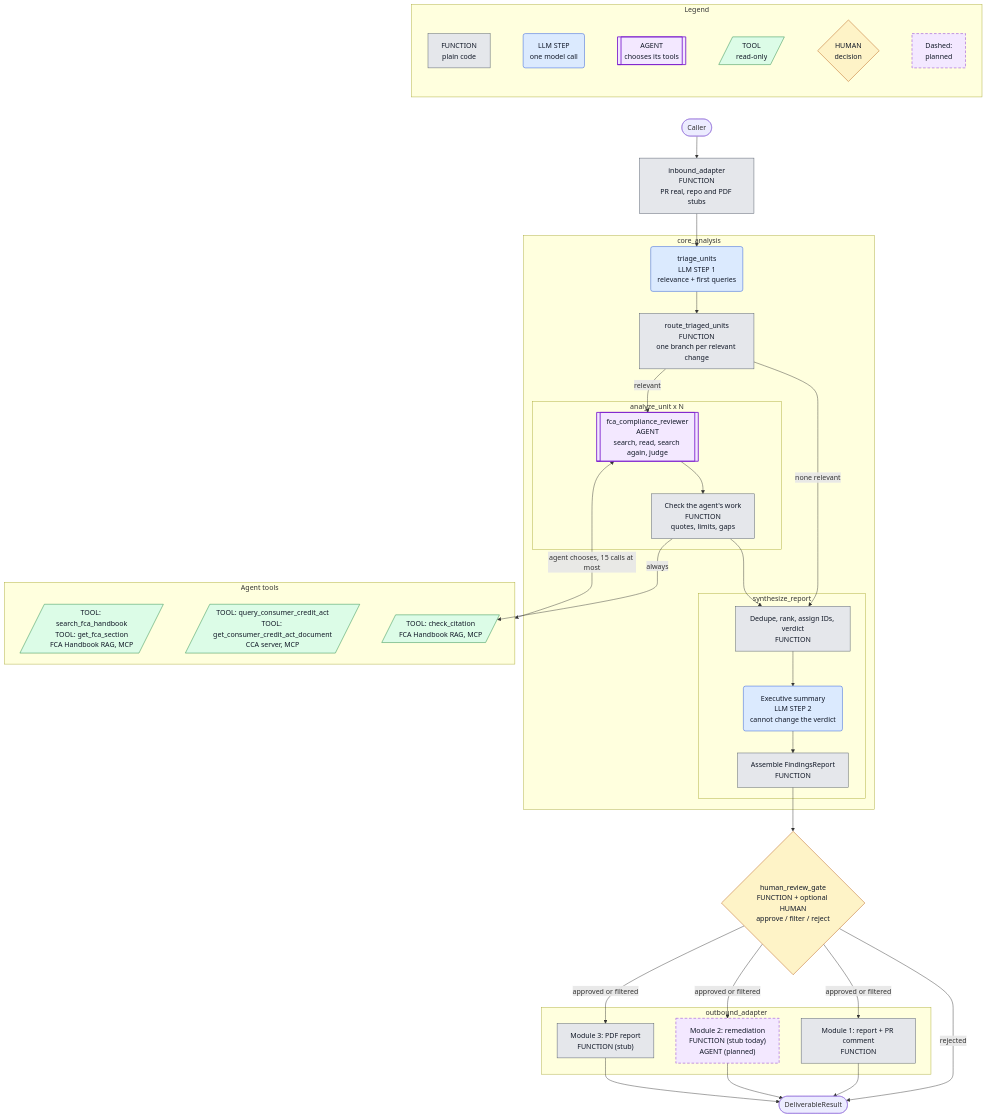
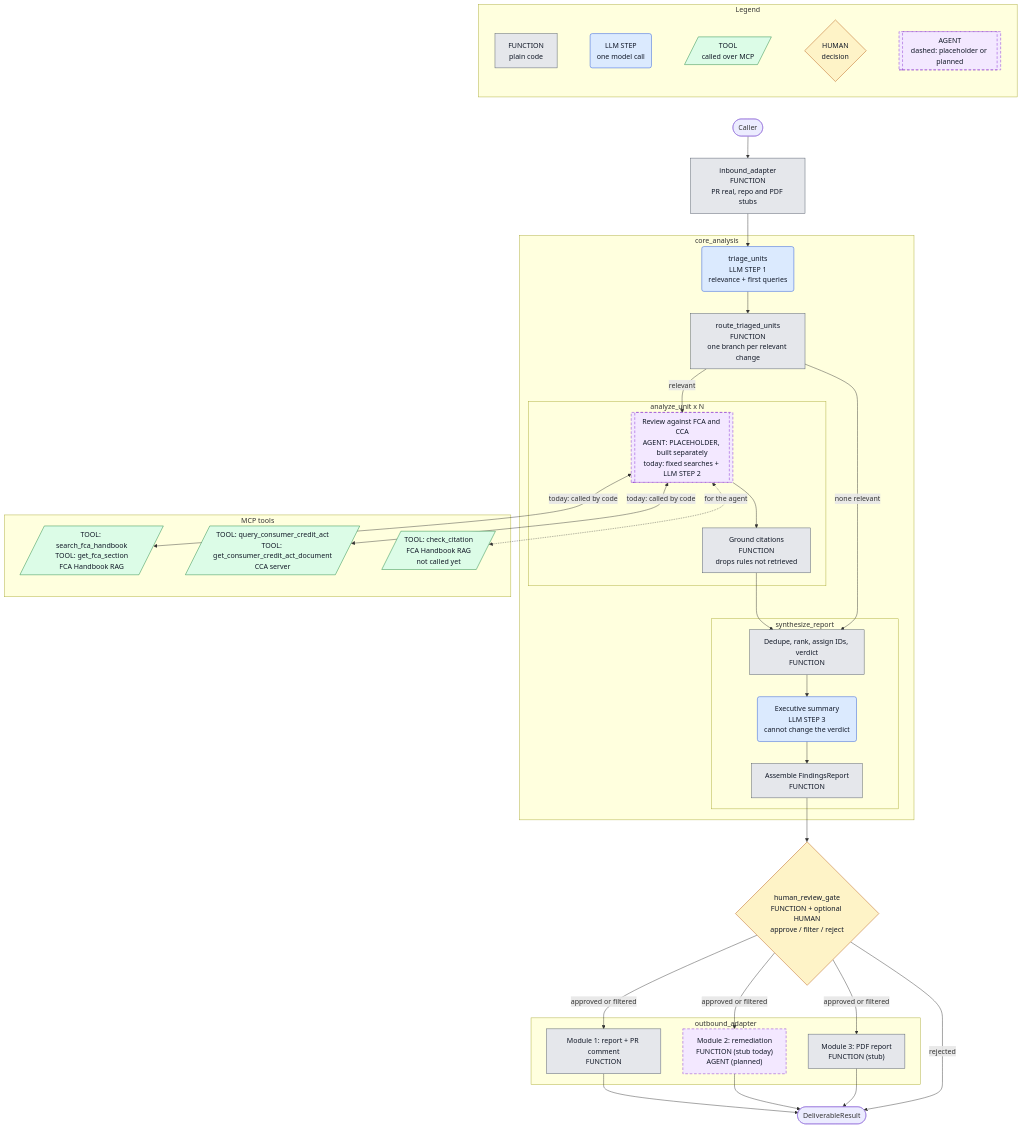
The third of 3 diagrams in 04_fca_compliance_agent/ARCHITECTURE.md (langchain-samples/fsi-hackathon-london-2026), drawn with Mermaid before and after one commit. The commit also changed other lines of this file and 22 other files, not shown here.

First line of the commit message:
refactor: leave the reviewing agent as a placeholder, as it is built separately

````diff
--- a/04_fca_compliance_agent/ARCHITECTURE.md
+++ b/04_fca_compliance_agent/ARCHITECTURE.md
@@ -126,65 +126,63 @@
 ```mermaid
 flowchart TB
     subgraph LEGEND["Legend"]
         direction LR
-        L1["FUNCTION<br/>plain code"] ~~~ L2("LLM STEP<br/>one model call") ~~~ L5[["AGENT<br/>chooses its tools"]] ~~~ L3[/"TOOL<br/>read-only"/] ~~~ L4{"HUMAN<br/>decision"} ~~~ L6["Dashed:<br/>planned"]
+        L1["FUNCTION<br/>plain code"] ~~~ L2("LLM STEP<br/>one model call") ~~~ L3[/"TOOL<br/>called over MCP"/] ~~~ L4{"HUMAN<br/>decision"} ~~~ L5[["AGENT<br/>dashed: placeholder or planned"]]
     end
     LEGEND ~~~ START
 
     START(["Caller"]) --> IN["inbound_adapter<br/>FUNCTION<br/>PR real, repo and PDF stubs"]
 
     subgraph CORE["core_analysis"]
         TRI("triage_units<br/>LLM STEP 1<br/>relevance + first queries")
         ROUTE["route_triaged_units<br/>FUNCTION<br/>one branch per relevant change"]
 
         subgraph ANALYZE["analyze_unit x N"]
-            AGENT[["fca_compliance_reviewer<br/>AGENT<br/>search, read, search again, judge"]]
-            CHECK["Check the agent's work<br/>FUNCTION<br/>quotes, limits, gaps"]
+            AGENT[["Review against FCA and CCA<br/>AGENT: PLACEHOLDER, built separately<br/>today: fixed searches + LLM STEP 2"]]
+            CHECK["Ground citations<br/>FUNCTION<br/>drops rules not retrieved"]
         end
 
         subgraph SYNTH["synthesize_report"]
             RANK["Dedupe, rank, assign IDs, verdict<br/>FUNCTION"]
-            SUM("Executive summary<br/>LLM STEP 2<br/>cannot change the verdict")
+            SUM("Executive summary<br/>LLM STEP 3<br/>cannot change the verdict")
             REPORT["Assemble FindingsReport<br/>FUNCTION"]
         end
     end
 
-    subgraph TOOLS["Agent tools"]
-        FCA[/"TOOL: search_fca_handbook<br/>TOOL: get_fca_section<br/>FCA Handbook RAG, MCP"/]
-        CCA[/"TOOL: query_consumer_credit_act<br/>TOOL: get_consumer_credit_act_document<br/>CCA server, MCP"/]
-        CIT[/"TOOL: check_citation<br/>FCA Handbook RAG, MCP"/]
+    subgraph TOOLS["MCP tools"]
+        FCA[/"TOOL: search_fca_handbook<br/>TOOL: get_fca_section<br/>FCA Handbook RAG"/]
+        CCA[/"TOOL: query_consumer_credit_act<br/>TOOL: get_consumer_credit_act_document<br/>CCA server"/]
+        CIT[/"TOOL: check_citation<br/>FCA Handbook RAG<br/>not called yet"/]
     end
 
     GATE{"human_review_gate<br/>FUNCTION + optional HUMAN<br/>approve / filter / reject"}
 
     subgraph OUT["outbound_adapter"]
         OUTPR["Module 1: report + PR comment<br/>FUNCTION"]
         OUTREPO["Module 2: remediation<br/>FUNCTION (stub today)<br/>AGENT (planned)"]
         OUTPDF["Module 3: PDF report<br/>FUNCTION (stub)"]
     end
 
     DONE(["DeliverableResult"])
 
     IN --> TRI --> ROUTE
     ROUTE -->|"relevant"| AGENT
     ROUTE -->|"none relevant"| RANK
-    AGENT <-->|"agent chooses, 15 calls at most"| TOOLS
+    AGENT <-->|"today: called by code"| FCA & CCA
+    AGENT <-.->|"for the agent"| CIT
     AGENT --> CHECK --> RANK --> SUM --> REPORT --> GATE
-    CHECK -->|"always"| CIT
     GATE -->|"approved or filtered"| OUTPR & OUTREPO & OUTPDF
     GATE -->|"rejected"| DONE
     OUTPR & OUTREPO & OUTPDF --> DONE
 
     classDef fn fill:#e5e7eb,stroke:#4b5563,color:#111827
     classDef llm fill:#dbeafe,stroke:#1d4ed8,color:#111827
     classDef tool fill:#dcfce7,stroke:#15803d,color:#111827
     classDef human fill:#fef3c7,stroke:#b45309,color:#111827
-    classDef agent fill:#f3e8ff,stroke:#7e22ce,color:#111827,stroke-width:2px
     classDef planned fill:#f3e8ff,stroke:#7e22ce,color:#111827,stroke-dasharray:6 4
     class IN,ROUTE,CHECK,RANK,REPORT,OUTPR,OUTPDF,L1 fn
     class TRI,SUM,L2 llm
     class FCA,CCA,CIT,L3 tool
     class GATE,L4 human
-    class AGENT,L5 agent
-    class OUTREPO,L6 planned
+    class AGENT,OUTREPO,L5 planned
 ```
````
